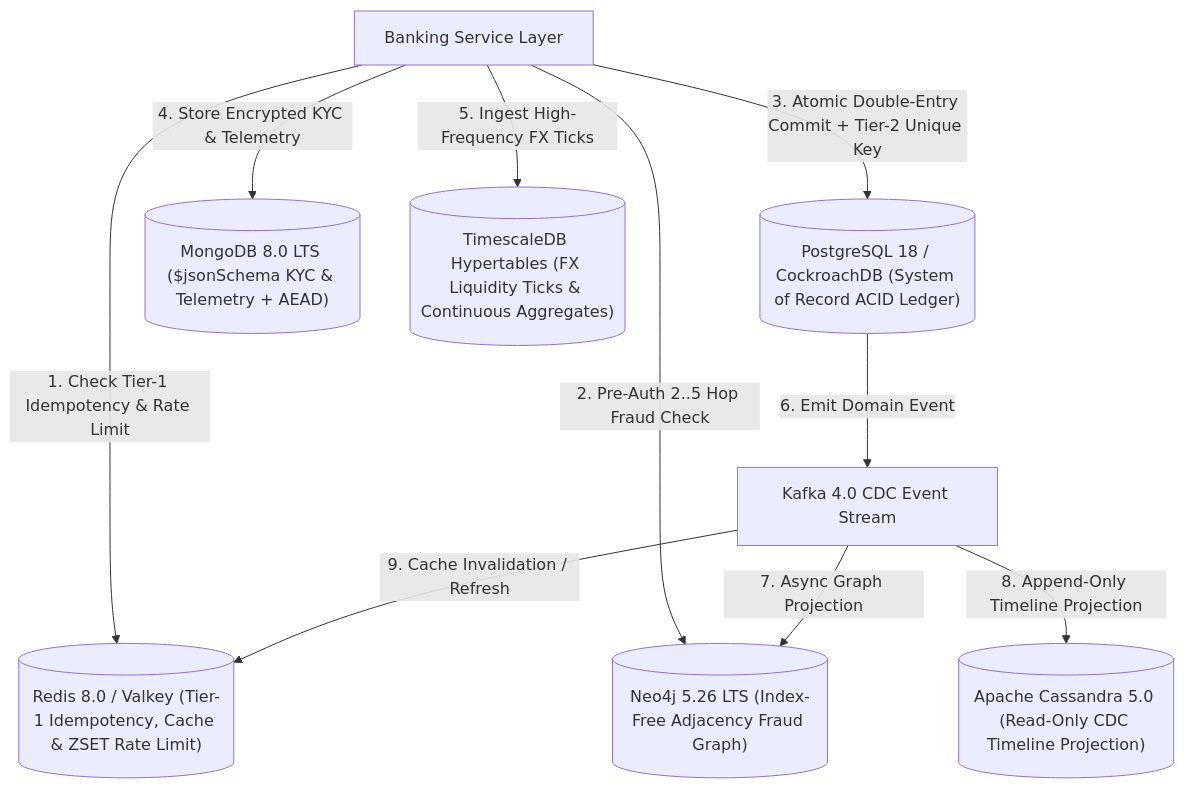
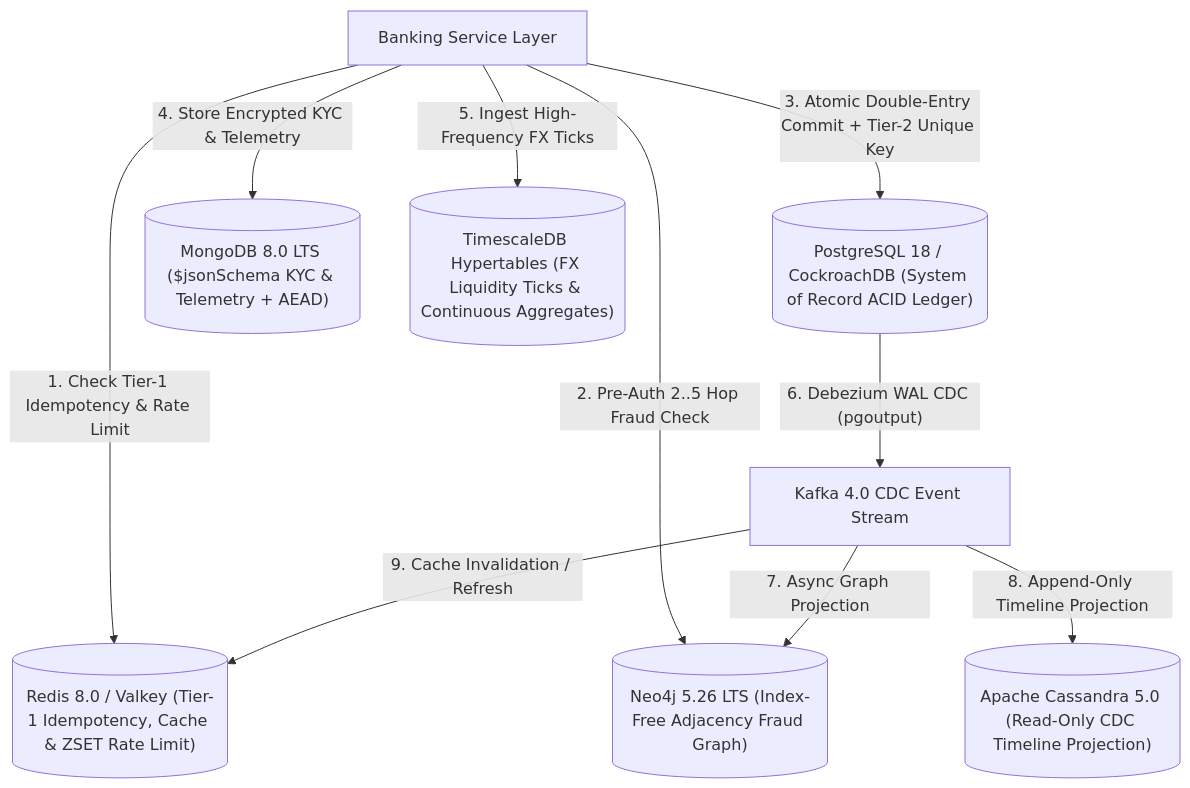
The diagram in docs/adr/0002-polyglot-persistence-postgres-mongo-neo4j-redis.md (D0nG4667/gpmorgan-forge-de-portfolio), drawn with Mermaid before and after one commit. The commit also changed other lines of this file and 5 other files, not shown here.

````diff
--- a/docs/adr/0002-polyglot-persistence-postgres-mongo-neo4j-redis.md
+++ b/docs/adr/0002-polyglot-persistence-postgres-mongo-neo4j-redis.md
@@ -27,21 +27,21 @@
 ```mermaid
 flowchart TD
     API["Banking Service Layer"]
     PG[("PostgreSQL 18 / CockroachDB (System of Record ACID Ledger)")]
     MONGO[("MongoDB 8.0 LTS ($jsonSchema KYC & Telemetry + AEAD)")]
     NEO[("Neo4j 5.26 LTS (Index-Free Adjacency Fraud Graph)")]
     REDIS[("Redis 8.0 / Valkey (Tier-1 Idempotency, Cache & ZSET Rate Limit)")]
     CASS[("Apache Cassandra 5.0 (Read-Only CDC Timeline Projection)")]
     TSDB[("TimescaleDB Hypertables (FX Liquidity Ticks & Continuous Aggregates)")]
     OUTBOX["Kafka 4.0 CDC Event Stream"]
 
     API -->|"1. Check Tier-1 Idempotency & Rate Limit"| REDIS
     API -->|"2. Pre-Auth 2..5 Hop Fraud Check"| NEO
     API -->|"3. Atomic Double-Entry Commit + Tier-2 Unique Key"| PG
     API -->|"4. Store Encrypted KYC & Telemetry"| MONGO
     API -->|"5. Ingest High-Frequency FX Ticks"| TSDB
-    PG -->|"6. Emit Domain Event"| OUTBOX
+    PG -->|"6. Debezium WAL CDC (pgoutput)"| OUTBOX
     OUTBOX -->|"7. Async Graph Projection"| NEO
     OUTBOX -->|"8. Append-Only Timeline Projection"| CASS
     OUTBOX -->|"9. Cache Invalidation / Refresh"| REDIS
 ```
````
